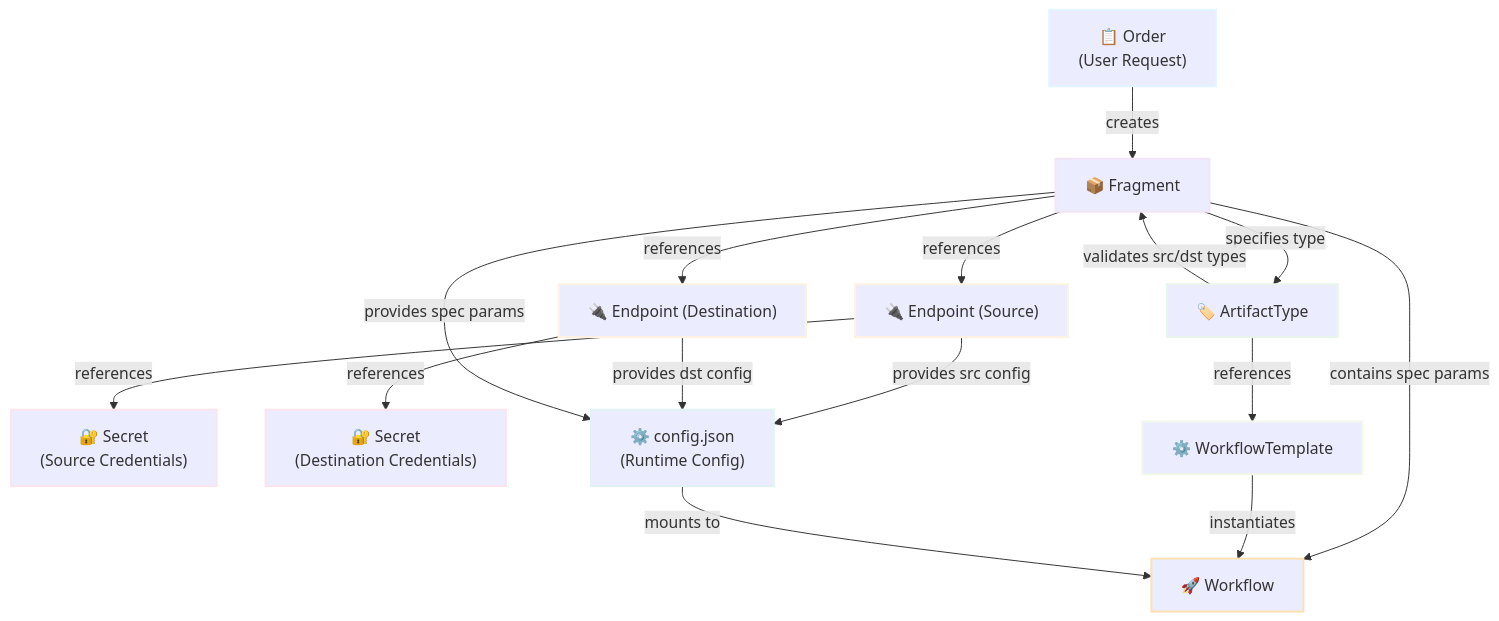
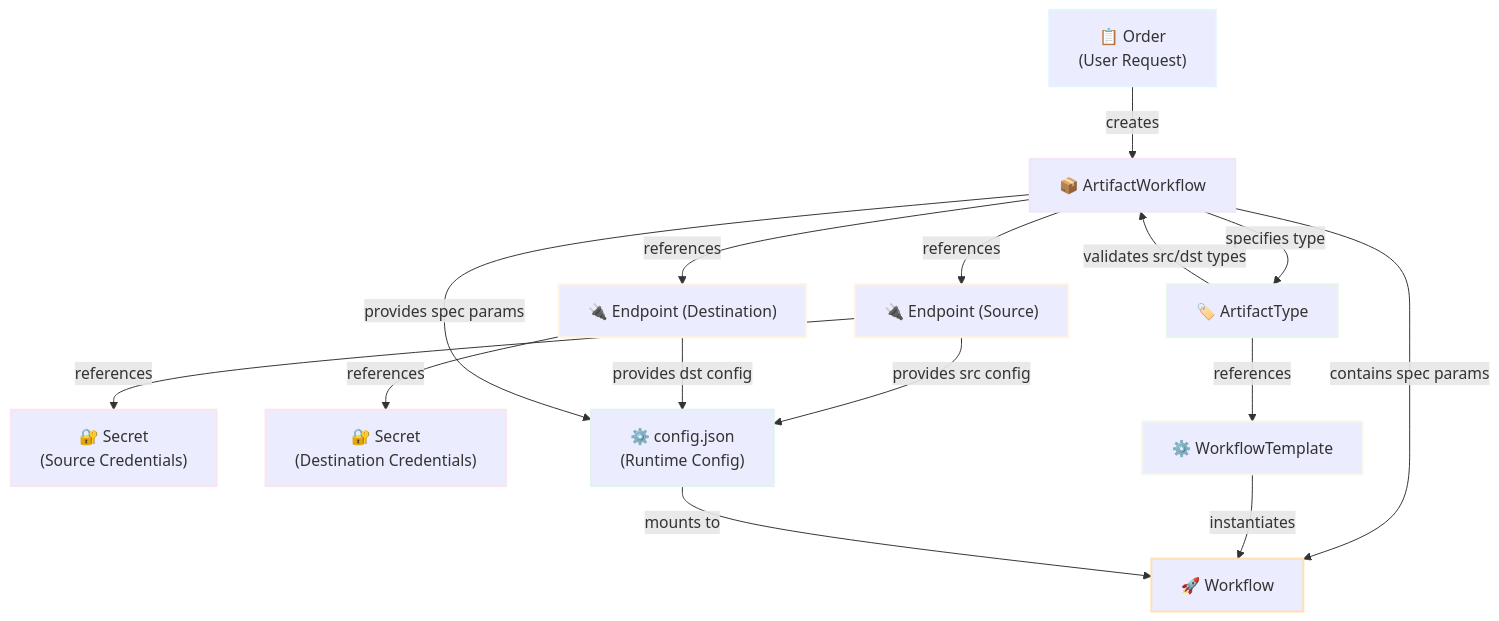
Before and after one commit to opendefensecloud/artifact-conduit: the diagram in docs/operator-manual/workflow-config.md, drawn with Mermaid. The commit also changed other lines of this file and 53 other files, not shown here.

````diff
--- a/docs/operator-manual/workflow-config.md
+++ b/docs/operator-manual/workflow-config.md
@@ -9,42 +9,42 @@
 ```mermaid
 graph TB
     Order["📋 Order<br/>(User Request)"]
-    Fragment["📦 Fragment"]
+    ArtifactWorkflow["📦 ArtifactWorkflow"]
     ArtifactTypeDef["🏷️ ArtifactType"]
     SrcEndpoint["🔌 Endpoint (Source)"]
     DstEndpoint["🔌 Endpoint (Destination)"]
     SrcSecret["🔐 Secret<br/>(Source Credentials)"]
     DstSecret["🔐 Secret<br/>(Destination Credentials)"]
     WorkflowTemplate["⚙️ WorkflowTemplate"]
     Workflow["🚀 Workflow"]
     Config["⚙️ config.json<br/>(Runtime Config)"]
 
-    Order -->|creates| Fragment
-    Fragment -->|specifies type| ArtifactTypeDef
-    Fragment -->|references| SrcEndpoint
-    Fragment -->|references| DstEndpoint
-    Fragment -->|contains spec params| Workflow
+    Order -->|creates| ArtifactWorkflow
+    ArtifactWorkflow -->|specifies type| ArtifactTypeDef
+    ArtifactWorkflow -->|references| SrcEndpoint
+    ArtifactWorkflow -->|references| DstEndpoint
+    ArtifactWorkflow -->|contains spec params| Workflow
 
-    ArtifactTypeDef -->|validates src/dst types| Fragment
+    ArtifactTypeDef -->|validates src/dst types| ArtifactWorkflow
     ArtifactTypeDef -->|references| WorkflowTemplate
 
     SrcEndpoint -->|references| SrcSecret
     DstEndpoint -->|references| DstSecret
 
     WorkflowTemplate -->|instantiates| Workflow
     SrcEndpoint -->|provides src config| Config
     DstEndpoint -->|provides dst config| Config
-    Fragment -->|provides spec params| Config
+    ArtifactWorkflow -->|provides spec params| Config
     Config -->|mounts to| Workflow
 
     style Order stroke:#e1f5ff,stroke-width:2px
-    style Fragment stroke:#f3e5f5,stroke-width:2px
+    style ArtifactWorkflow stroke:#f3e5f5,stroke-width:2px
     style ArtifactTypeDef stroke:#e8f5e9,stroke-width:2px
     style SrcEndpoint stroke:#fff3e0,stroke-width:2px
     style DstEndpoint stroke:#fff3e0,stroke-width:2px
     style SrcSecret stroke:#fce4ec,stroke-width:2px
     style DstSecret stroke:#fce4ec,stroke-width:2px
     style WorkflowTemplate stroke:#f1f8e9,stroke-width:2px
     style Workflow stroke:#ffe0b2,stroke-width:2px
     style Config stroke:#e0f2f1,stroke-width:2px
 ```
````
